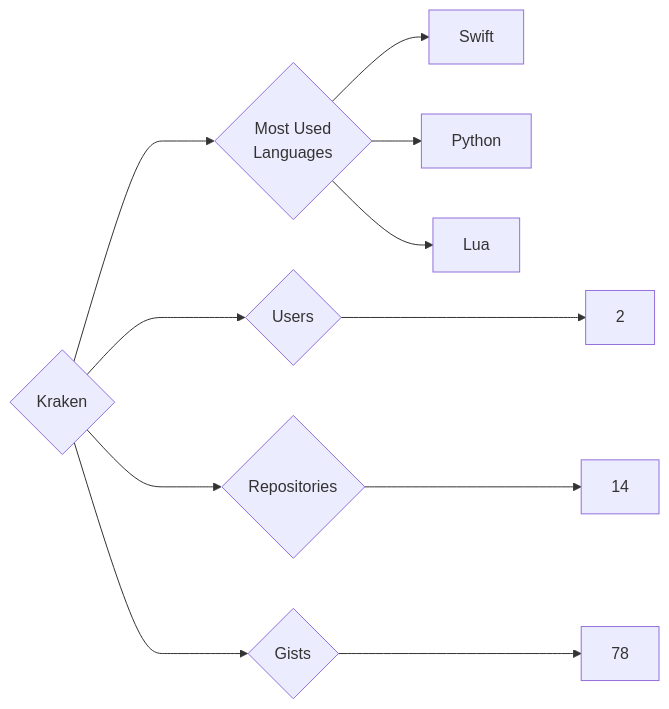
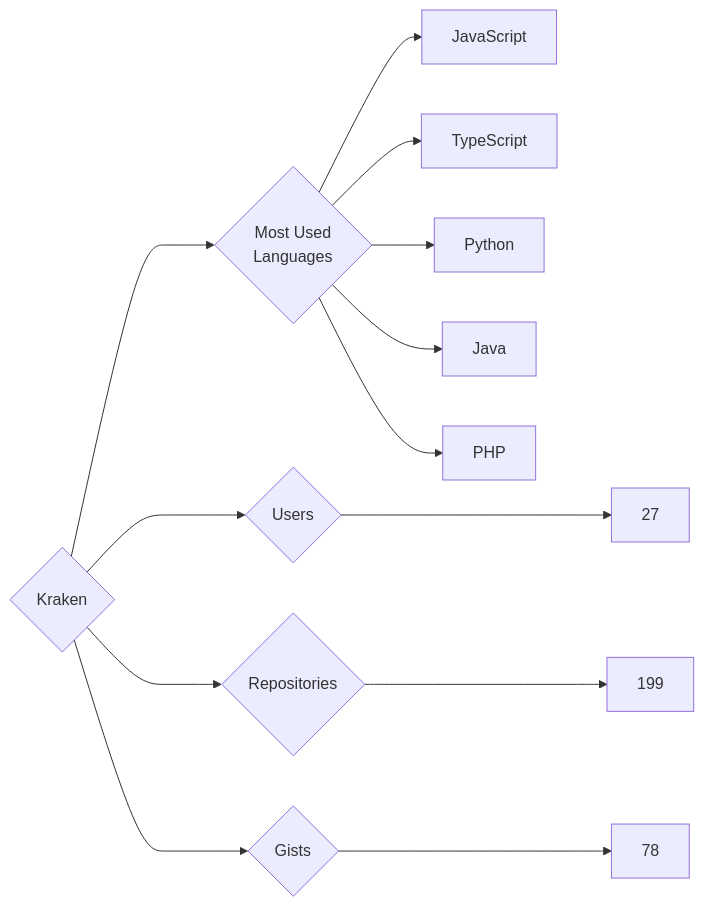
One commit to trickest/insiders changed the diagram in targets/Kraken/README.md. Above: the diagram before and after it, drawn with Mermaid. The commit also changed 749 other files, not shown here.

````diff
--- a/targets/Kraken/README.md
+++ b/targets/Kraken/README.md
@@ -3,11 +3,13 @@
 ```mermaid
 graph LR
 COMPANY_NAME{Kraken}
-COMPANY_NAME ---> U{Users} ---> UN[2]
-COMPANY_NAME ---> R{Repositories} ---> RN[14]
+COMPANY_NAME ---> U{Users} ---> UN[27]
+COMPANY_NAME ---> R{Repositories} ---> RN[199]
 COMPANY_NAME ---> G{Gists} ---> GN[78]
 COMPANY_NAME ---> ML{Most Used<br>Languages}
-ML --> Swift[Swift]
+ML --> JavaScript[JavaScript]
+ML --> TypeScript[TypeScript]
 ML --> Python[Python]
-ML --> Lua[Lua]
+ML --> Java[Java]
+ML --> PHP[PHP]
 ```
````
